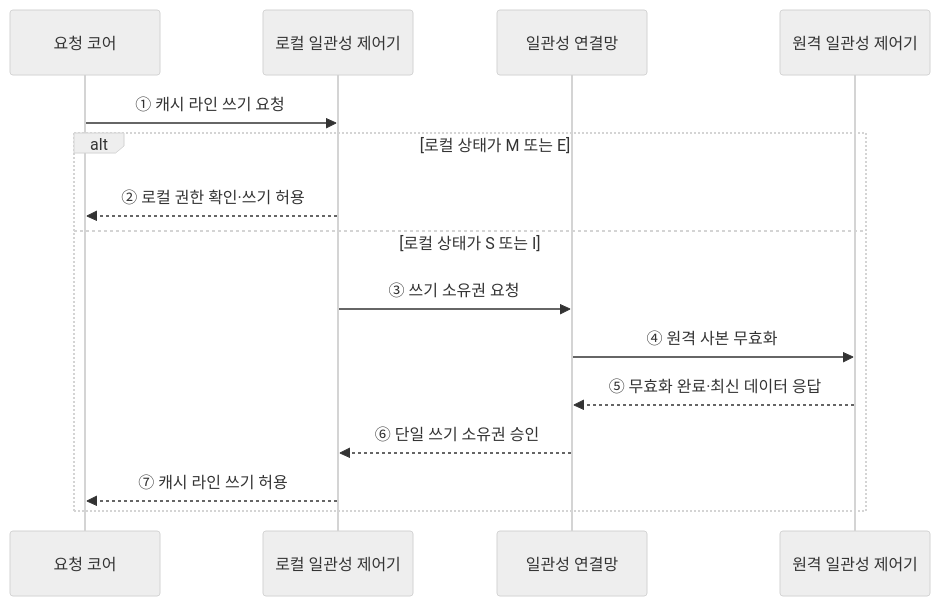
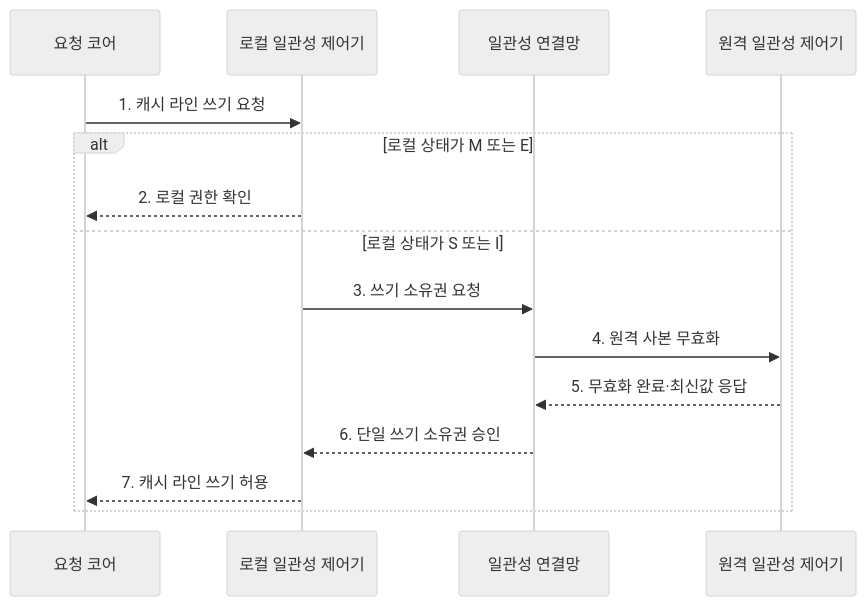
One commit to agnusdei1207/knowledge-base changed the second of 2 diagrams in src/content/docs/notes/02-hardware/014_cache_coherence_protocol.md. Above: the diagram before and after it, drawn with Mermaid (neutral theme). The commit also changed other lines of this file and 20 other files, not shown here.

````diff
--- a/src/content/docs/notes/02-hardware/014_cache_coherence_protocol.md
+++ b/src/content/docs/notes/02-hardware/014_cache_coherence_protocol.md
@@ -79,17 +83,17 @@
 ```mermaid
 sequenceDiagram
     participant A as 요청 코어
     participant C as 로컬 일관성 제어기
     participant N as 일관성 연결망
     participant R as 원격 일관성 제어기
-    A->>C: ① 캐시 라인 쓰기 요청
+    A->>C: 1. 캐시 라인 쓰기 요청
     alt 로컬 상태가 M 또는 E
-        C-->>A: ② 로컬 권한 확인·쓰기 허용
+        C-->>A: 2. 로컬 권한 확인
     else 로컬 상태가 S 또는 I
-        C->>N: ③ 쓰기 소유권 요청
-        N->>R: ④ 원격 사본 무효화
-        R-->>N: ⑤ 무효화 완료·최신 데이터 응답
-        N-->>C: ⑥ 단일 쓰기 소유권 승인
-        C-->>A: ⑦ 캐시 라인 쓰기 허용
+        C->>N: 3. 쓰기 소유권 요청
+        N->>R: 4. 원격 사본 무효화
+        R-->>N: 5. 무효화 완료·최신값 응답
+        N-->>C: 6. 단일 쓰기 소유권 승인
+        C-->>A: 7. 캐시 라인 쓰기 허용
     end
 ```
````
